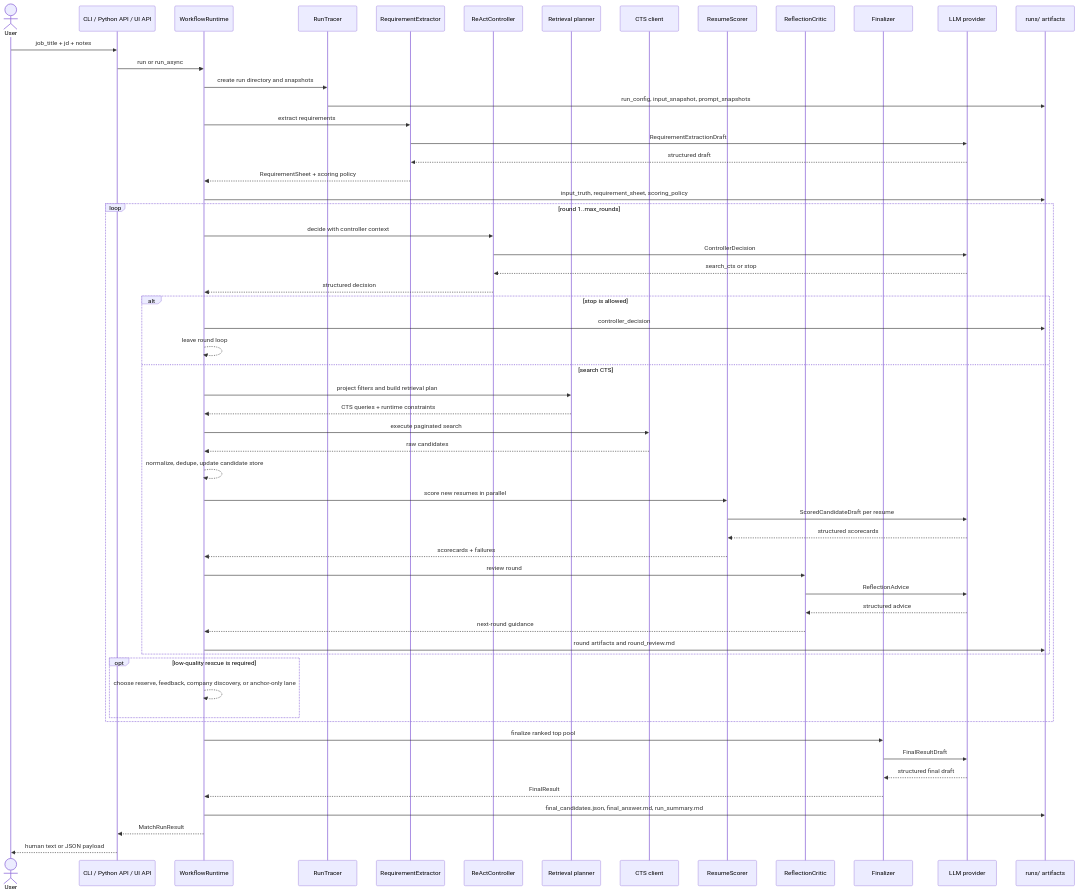
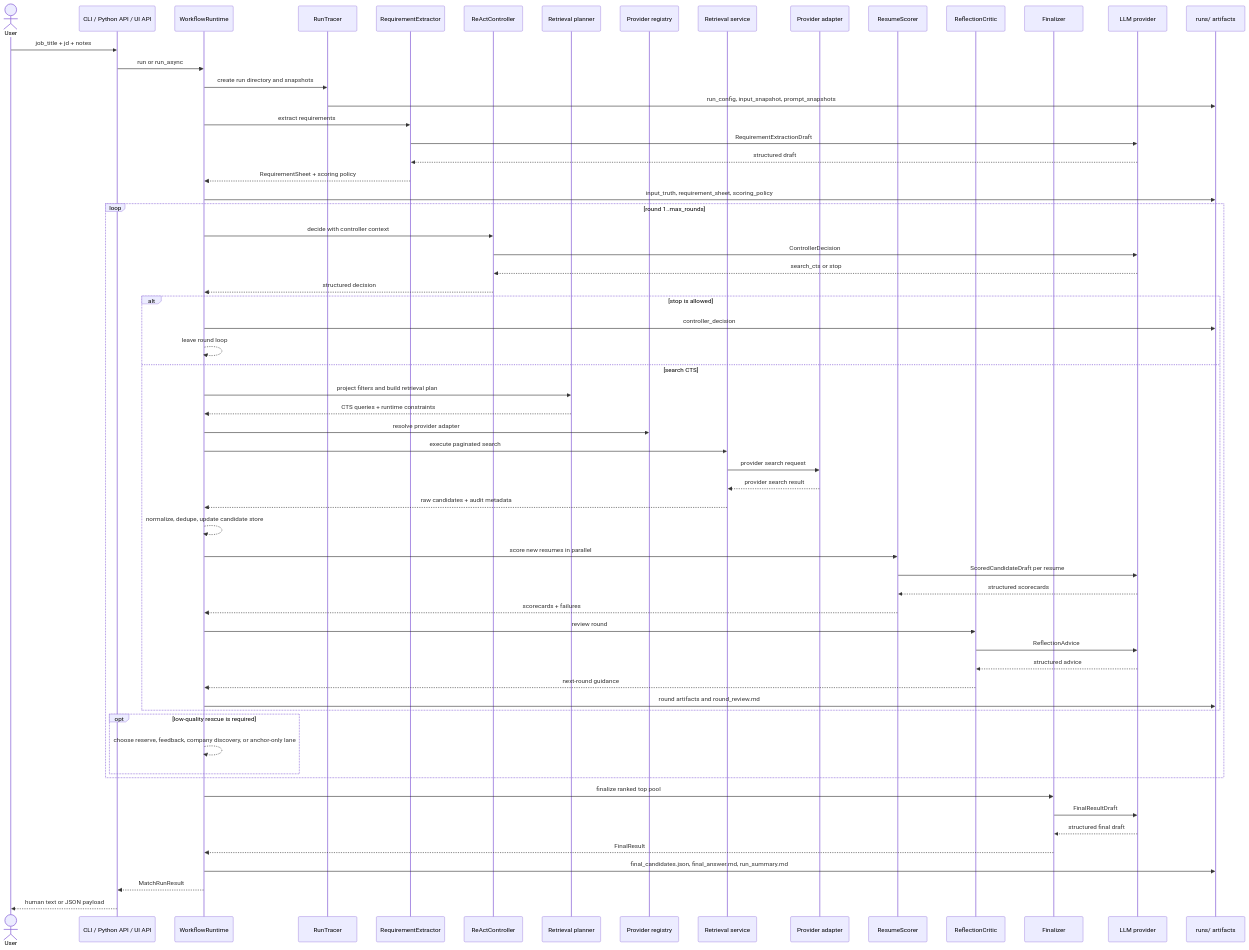
Before and after one commit to FrankQDWang/cv-match: the second of 2 diagrams in docs/architecture.md, drawn with Mermaid. The commit also changed other lines of this file and 3 other files, not shown here.

Commit message:
refactor: finalize retrieval provider boundary cleanup

````diff
--- a/docs/architecture.md
+++ b/docs/architecture.md
@@ -64,65 +67,70 @@
 ```mermaid
 sequenceDiagram
     actor User
     participant Entry as CLI / Python API / UI API
     participant Runtime as WorkflowRuntime
     participant Tracer as RunTracer
     participant Req as RequirementExtractor
     participant Controller as ReActController
     participant Retrieval as Retrieval planner
-    participant CTS as CTS client
+    participant Registry as Provider registry
+    participant Service as Retrieval service
+    participant Adapter as Provider adapter
     participant Scorer as ResumeScorer
     participant Reflection as ReflectionCritic
     participant Finalizer as Finalizer
     participant LLM as LLM provider
     participant Runs as runs/ artifacts
 
     User->>Entry: job_title + jd + notes
     Entry->>Runtime: run or run_async
     Runtime->>Tracer: create run directory and snapshots
     Tracer->>Runs: run_config, input_snapshot, prompt_snapshots
     Runtime->>Req: extract requirements
     Req->>LLM: RequirementExtractionDraft
     LLM-->>Req: structured draft
     Req-->>Runtime: RequirementSheet + scoring policy
     Runtime->>Runs: input_truth, requirement_sheet, scoring_policy
 
     loop round 1..max_rounds
         Runtime->>Controller: decide with controller context
         Controller->>LLM: ControllerDecision
         LLM-->>Controller: search_cts or stop
         Controller-->>Runtime: structured decision
 
         alt stop is allowed
             Runtime->>Runs: controller_decision
             Runtime-->>Runtime: leave round loop
         else search CTS
             Runtime->>Retrieval: project filters and build retrieval plan
             Retrieval-->>Runtime: CTS queries + runtime constraints
-            Runtime->>CTS: execute paginated search
-            CTS-->>Runtime: raw candidates
+            Runtime->>Registry: resolve provider adapter
+            Runtime->>Service: execute paginated search
+            Service->>Adapter: provider search request
+            Adapter-->>Service: provider search result
+            Service-->>Runtime: raw candidates + audit metadata
             Runtime-->>Runtime: normalize, dedupe, update candidate store
             Runtime->>Scorer: score new resumes in parallel
             Scorer->>LLM: ScoredCandidateDraft per resume
             LLM-->>Scorer: structured scorecards
             Scorer-->>Runtime: scorecards + failures
             Runtime->>Reflection: review round
             Reflection->>LLM: ReflectionAdvice
             LLM-->>Reflection: structured advice
             Reflection-->>Runtime: next-round guidance
             Runtime->>Runs: round artifacts and round_review.md
         end
 
         opt low-quality rescue is required
             Runtime-->>Runtime: choose reserve, feedback, company discovery, or anchor-only lane
         end
     end
 
     Runtime->>Finalizer: finalize ranked top pool
     Finalizer->>LLM: FinalResultDraft
     LLM-->>Finalizer: structured final draft
     Finalizer-->>Runtime: FinalResult
     Runtime->>Runs: final_candidates.json, final_answer.md, run_summary.md
     Runtime-->>Entry: MatchRunResult
     Entry-->>User: human text or JSON payload
 ```
````
